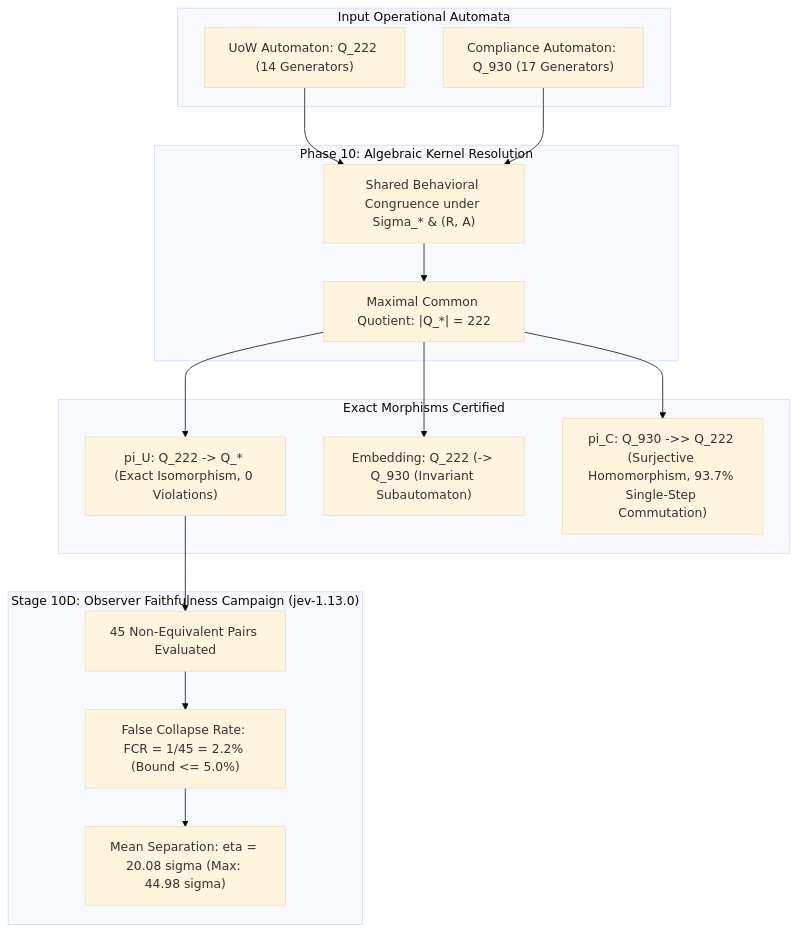
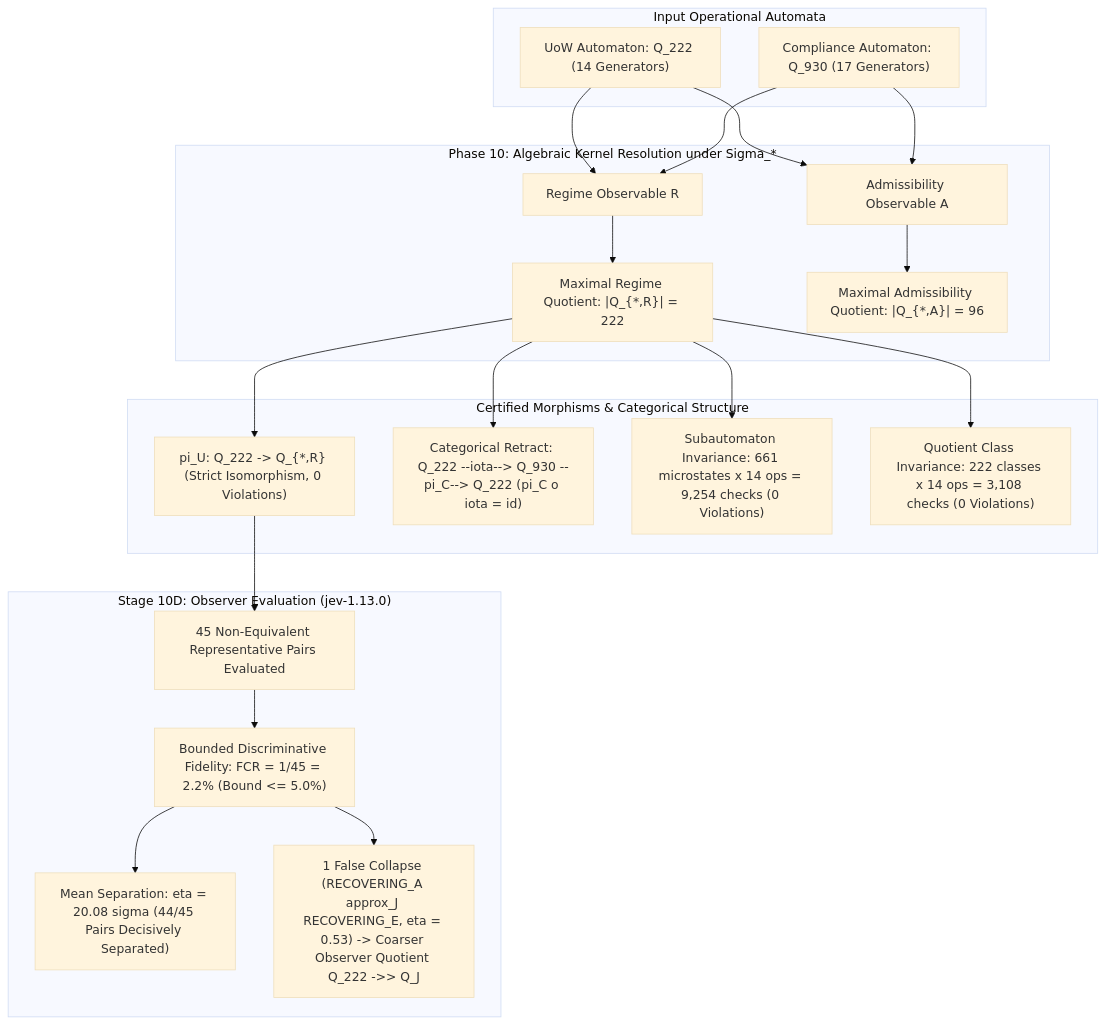
Before and after one commit to NB11B/UoW-v3: the first of 3 diagrams in docs/COMMON_GOVERNANCE_KERNEL_EXPERIMENT.md, drawn with Mermaid (base theme). The commit also changed other lines of this file and 3 other files, not shown here.

Commit message:
fix(phase10): formalize categorical retract pi_C o iota = id_Q222, dual observation kernels, exact arithmetic distinction, and bounded observer fidelity

````diff
--- a/docs/COMMON_GOVERNANCE_KERNEL_EXPERIMENT.md
+++ b/docs/COMMON_GOVERNANCE_KERNEL_EXPERIMENT.md
@@ -10,25 +10,31 @@
 ```mermaid
 flowchart TD
     subgraph InputAutomata ["Input Operational Automata"]
         U["UoW Automaton: Q_222 (14 Generators)"]
         C["Compliance Automaton: Q_930 (17 Generators)"]
     end
 
-    subgraph KernelIdentification ["Phase 10: Algebraic Kernel Resolution"]
-        U --> M["Shared Behavioral Congruence under Sigma_* & (R, A)"]
-        C --> M
-        M --> Q["Maximal Common Quotient: |Q_*| = 222"]
+    subgraph KernelIdentification ["Phase 10: Algebraic Kernel Resolution under Sigma_*"]
+        U --> MR["Regime Observable R"]
+        C --> MR
+        MR --> QR["Maximal Regime Quotient: |Q_{*,R}| = 222"]
+
+        U --> MA["Admissibility Observable A"]
+        C --> MA
+        MA --> QA["Maximal Admissibility Quotient: |Q_{*,A}| = 96"]
     end
 
-    subgraph Morphisms ["Exact Morphisms Certified"]
-        Q --> I["pi_U: Q_222 -> Q_* (Exact Isomorphism, 0 Violations)"]
-        Q --> E["Embedding: Q_222 (-> Q_930 (Invariant Subautomaton)"]
-        Q --> P["pi_C: Q_930 ->> Q_222 (Surjective Homomorphism, 93.7% Single-Step Commutation)"]
+    subgraph Morphisms ["Certified Morphisms & Categorical Structure"]
+        QR --> I["pi_U: Q_222 -> Q_{*,R} (Strict Isomorphism, 0 Violations)"]
+        QR --> RET["Categorical Retract: Q_222 --iota--> Q_930 --pi_C--> Q_222 (pi_C o iota = id)"]
+        QR --> SUB["Subautomaton Invariance: 661 microstates x 14 ops = 9,254 checks (0 Violations)"]
+        QR --> QUOT["Quotient Class Invariance: 222 classes x 14 ops = 3,108 checks (0 Violations)"]
     end
 
-    subgraph ObserverFaithfulness ["Stage 10D: Observer Faithfulness Campaign (jev-1.13.0)"]
-        I --> F["45 Non-Equivalent Pairs Evaluated"]
-        F --> FCR["False Collapse Rate: FCR = 1/45 = 2.2% (Bound <= 5.0%)"]
-        FCR --> SEP["Mean Separation: eta = 20.08 sigma (Max: 44.98 sigma)"]
+    subgraph ObserverFidelity ["Stage 10D: Observer Evaluation (jev-1.13.0)"]
+        I --> F["45 Non-Equivalent Representative Pairs Evaluated"]
+        F --> FCR["Bounded Discriminative Fidelity: FCR = 1/45 = 2.2% (Bound <= 5.0%)"]
+        FCR --> SEP["Mean Separation: eta = 20.08 sigma (44/45 Pairs Decisively Separated)"]
+        FCR --> HYP["1 False Collapse (RECOVERING_A approx_J RECOVERING_E, eta = 0.53) -> Coarser Observer Quotient Q_222 ->> Q_J"]
     end
 ```
````
